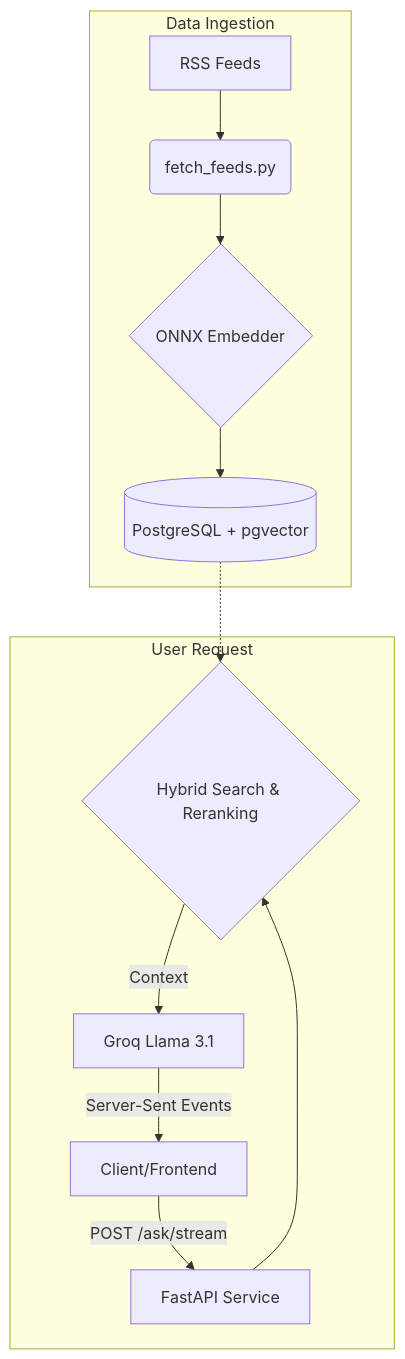
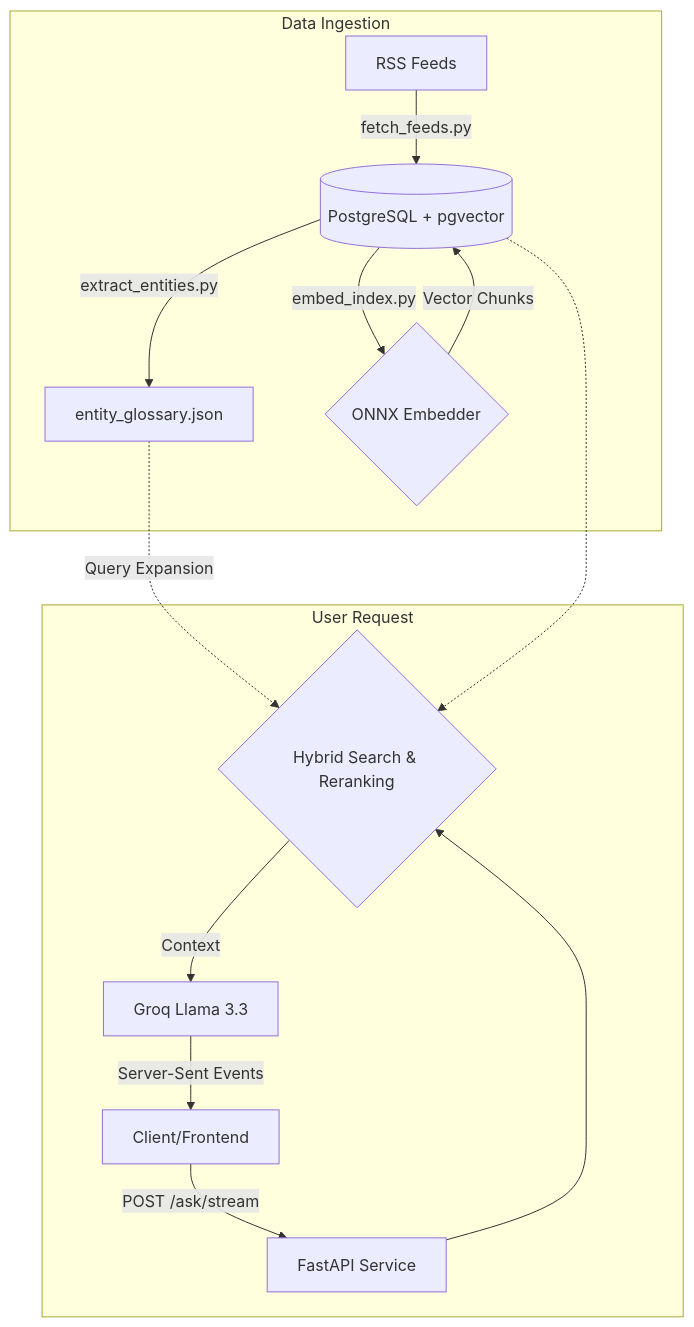
Before and after one commit to ima-d-ice/devsec-brief: the diagram in README.md, drawn with Mermaid. The commit also changed other lines of this file, not shown here.

Commit message:
docs: correct data ingestion architecture diagram

````diff
--- a/README.md
+++ b/README.md
@@ -26,16 +26,18 @@
 ```mermaid
 graph TD;
     subgraph Data Ingestion
-        A[RSS Feeds] --> B(fetch_feeds.py);
-        B --> C{ONNX Embedder};
-        C --> D[(PostgreSQL + pgvector)];
+        A[RSS Feeds] -->|fetch_feeds.py| D[(PostgreSQL + pgvector)];
+        D -->|extract_entities.py| E[entity_glossary.json];
+        D -->|embed_index.py| C{ONNX Embedder};
+        C -->|Vector Chunks| D;
     end
 
     subgraph User Request
         F[Client/Frontend] -- POST /ask/stream --> G[FastAPI Service];
         G --> H{Hybrid Search & Reranking};
+        E -.->|Query Expansion| H;
         D -.-> H;
-        H -- Context --> I[Groq Llama 3.1];
+        H -- Context --> I[Groq Llama 3.3];
         I -- Server-Sent Events --> F;
     end
 ```
````
